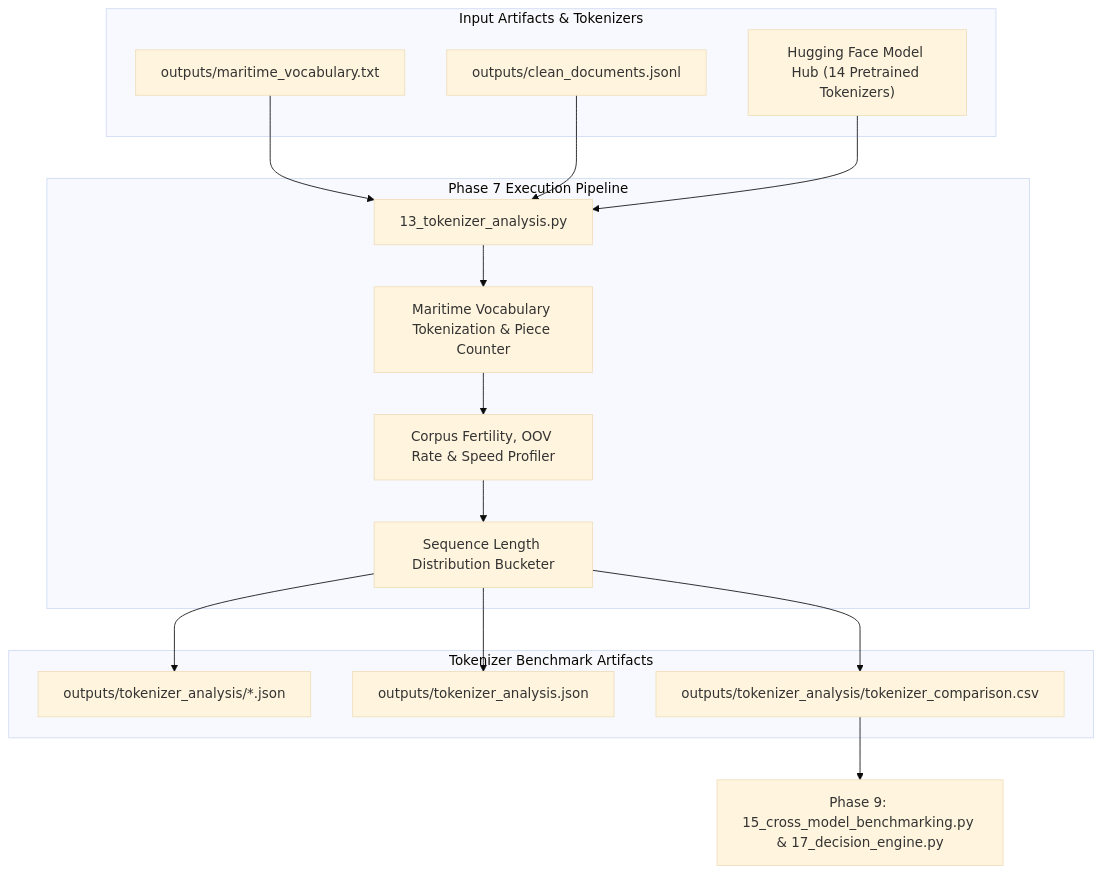
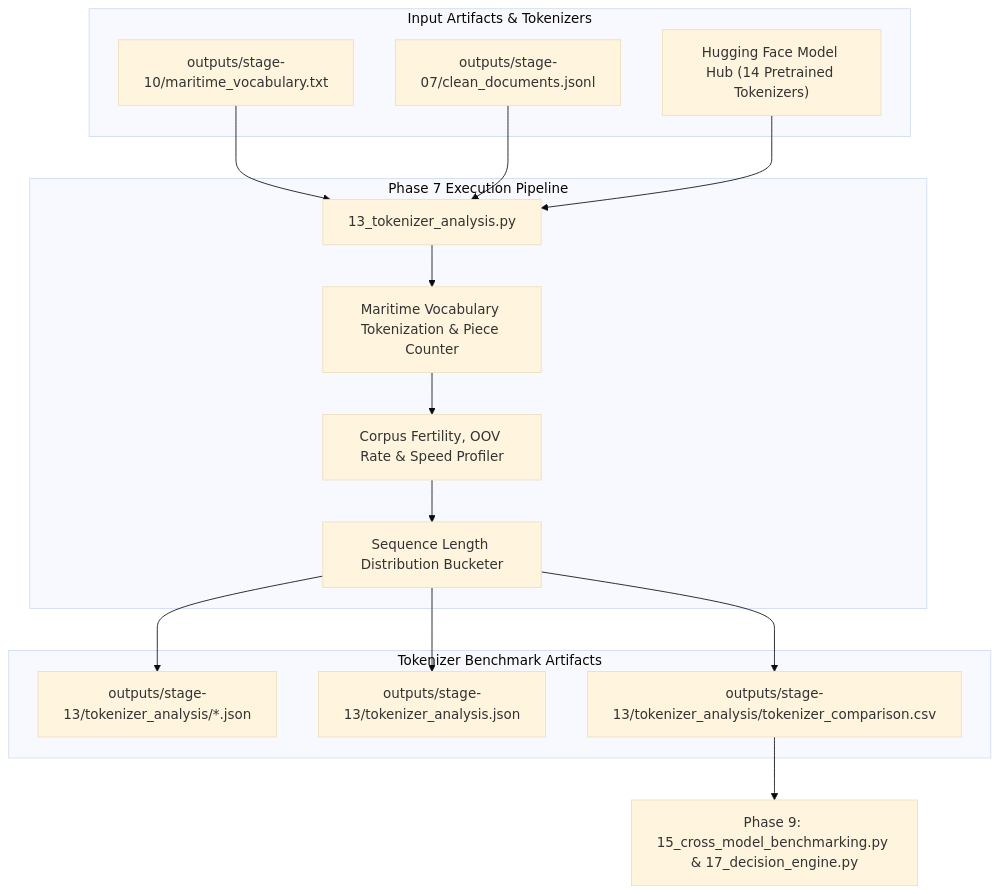
One commit to AbhishekYadav2207/TSBC-MaritimePipeline-PR changed the diagram in documentation/07_phase7_tokenizer_analysis.md. Above: the diagram before and after it, drawn with Mermaid (base theme). The commit also changed other lines of this file and 18 other files, not shown here.

````diff
--- a/documentation/07_phase7_tokenizer_analysis.md
+++ b/documentation/07_phase7_tokenizer_analysis.md
@@ -13,29 +13,29 @@
 ```mermaid
 flowchart TD
     subgraph Inputs ["Input Artifacts & Tokenizers"]
-        VocabTXT["outputs/maritime_vocabulary.txt"]
-        CleanDocs["outputs/clean_documents.jsonl"]
+        VocabTXT["outputs/stage-10/maritime_vocabulary.txt"]
+        CleanDocs["outputs/stage-07/clean_documents.jsonl"]
         HFHub["Hugging Face Model Hub (14 Pretrained Tokenizers)"]
     end
 
     subgraph Processing ["Phase 7 Execution Pipeline"]
         S13["13_tokenizer_analysis.py"]
         VocabAnalyzer["Maritime Vocabulary Tokenization & Piece Counter"]
         CorpusProfiler["Corpus Fertility, OOV Rate & Speed Profiler"]
         SeqLenDist["Sequence Length Distribution Bucketer"]
     end
 
     subgraph Outputs ["Tokenizer Benchmark Artifacts"]
-        TokFolder["outputs/tokenizer_analysis/*.json"]
-        BertLegacy["outputs/tokenizer_analysis.json"]
-        TokCSV["outputs/tokenizer_analysis/tokenizer_comparison.csv"]
+        TokFolder["outputs/stage-13/tokenizer_analysis/*.json"]
+        BertLegacy["outputs/stage-13/tokenizer_analysis.json"]
+        TokCSV["outputs/stage-13/tokenizer_analysis/tokenizer_comparison.csv"]
     end
 
     VocabTXT & CleanDocs & HFHub --> S13
     S13 --> VocabAnalyzer
     VocabAnalyzer --> CorpusProfiler
     CorpusProfiler --> SeqLenDist
     SeqLenDist --> TokFolder & BertLegacy & TokCSV
 
     TokCSV --> NextPhase9["Phase 9: 15_cross_model_benchmarking.py & 17_decision_engine.py"]
 ```
````
